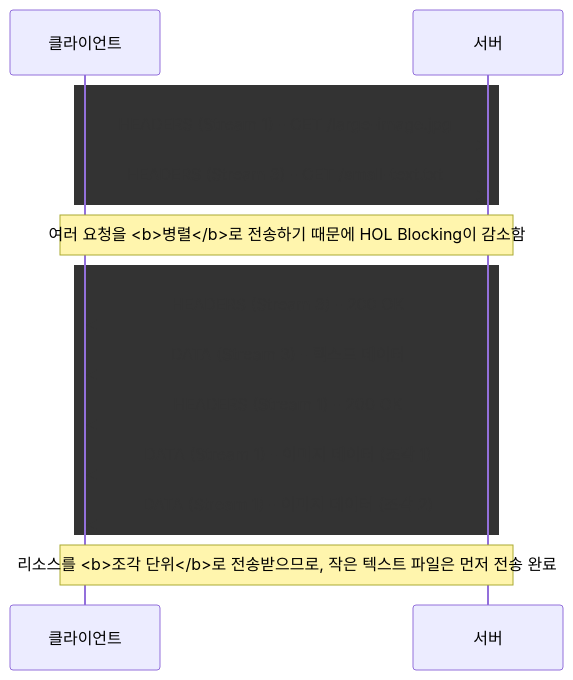
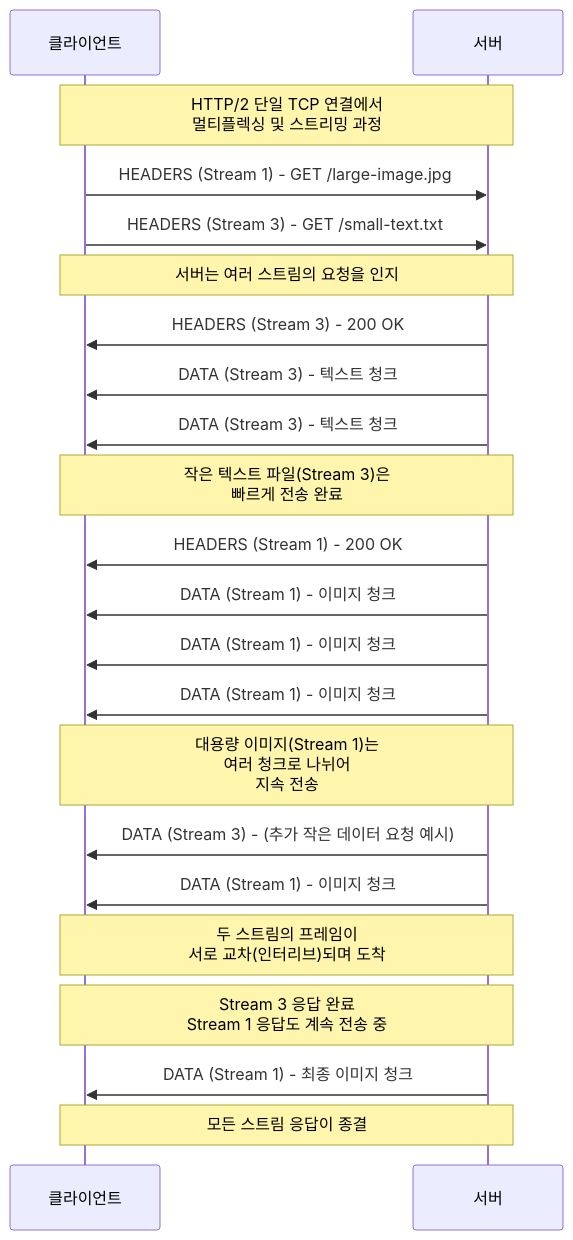
Before and after one commit to shchooii/shchooii.github.io: the diagram in _posts/2025-04-10-network-http2-hol.md, drawn with Mermaid. The commit also changed other lines of this file, not shown here.

Commit message:
docs: 그림 수정

````diff
--- a/_posts/2025-04-10-network-http2-hol.md
+++ b/_posts/2025-04-10-network-http2-hol.md
@@ -48,23 +48,31 @@
 ```mermaid
 sequenceDiagram
     participant C as 클라이언트
     participant S as 서버
 
-    rect 멀티플렉싱
+    Note over C,S: HTTP/2 단일 TCP 연결에서<br/>멀티플렉싱 및 스트리밍 과정
+
     C->>S: HEADERS (Stream 1) - GET /large-image.jpg
     C->>S: HEADERS (Stream 3) - GET /small-text.txt
-    end
+    Note over C,S: 서버는 여러 스트림의 요청을 인지
 
-    Note over C,S: 여러 요청을 <b>병렬</b>로 전송하기 때문에 HOL Blocking이 감소함
+    S->>C: HEADERS (Stream 3) - 200 OK
+    S->>C: DATA (Stream 3) - 텍스트 청크 #1
+    S->>C: DATA (Stream 3) - 텍스트 청크 #2
+    Note over C,S: 작은 텍스트 파일(Stream 3)은<br/>빠르게 전송 완료
 
-    rect 스트리밍
-    S->>C: HEADERS (Stream 3) - 200 OK
-    S->>C: DATA (Stream 3) - 텍스트 데이터
     S->>C: HEADERS (Stream 1) - 200 OK
-    S->>C: DATA (Stream 1) - 이미지 데이터 (조각 1)
-    S->>C: DATA (Stream 1) - 이미지 데이터 (조각 2)
-    end
+    S->>C: DATA (Stream 1) - 이미지 청크 #1
+    S->>C: DATA (Stream 1) - 이미지 청크 #2
+    S->>C: DATA (Stream 1) - 이미지 청크 #3
+    Note over C,S: 대용량 이미지(Stream 1)는<br/>여러 청크로 나뉘어<br/>지속 전송
 
-    Note over C,S: 리소스를 <b>조각 단위</b>로 전송받으므로, 작은 텍스트 파일은 먼저 전송 완료
+    S->>C: DATA (Stream 3) - (추가 작은 데이터 요청 예시)
+    S->>C: DATA (Stream 1) - 이미지 청크 #4
+    Note over C,S: 두 스트림의 프레임이<br/>서로 교차(인터리브)되며 도착
 
+    Note over C,S: Stream 3 응답 완료<br/>Stream 1 응답도 계속 전송 중
+
+    S->>C: DATA (Stream 1) - 최종 이미지 청크
+    Note over C,S: 모든 스트림 응답이 종결
 ```
````
